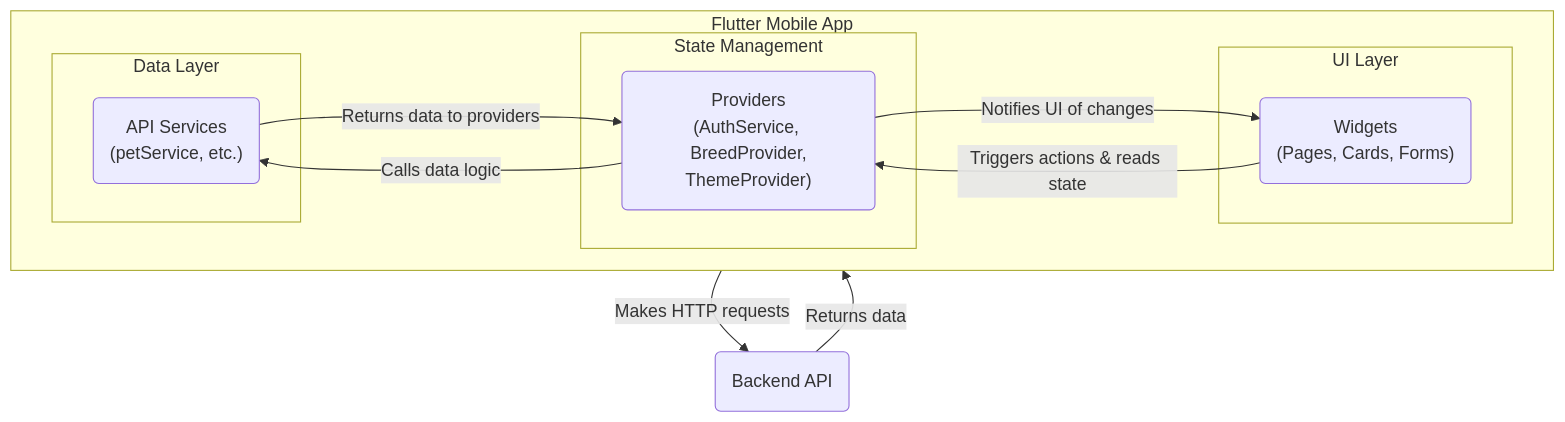
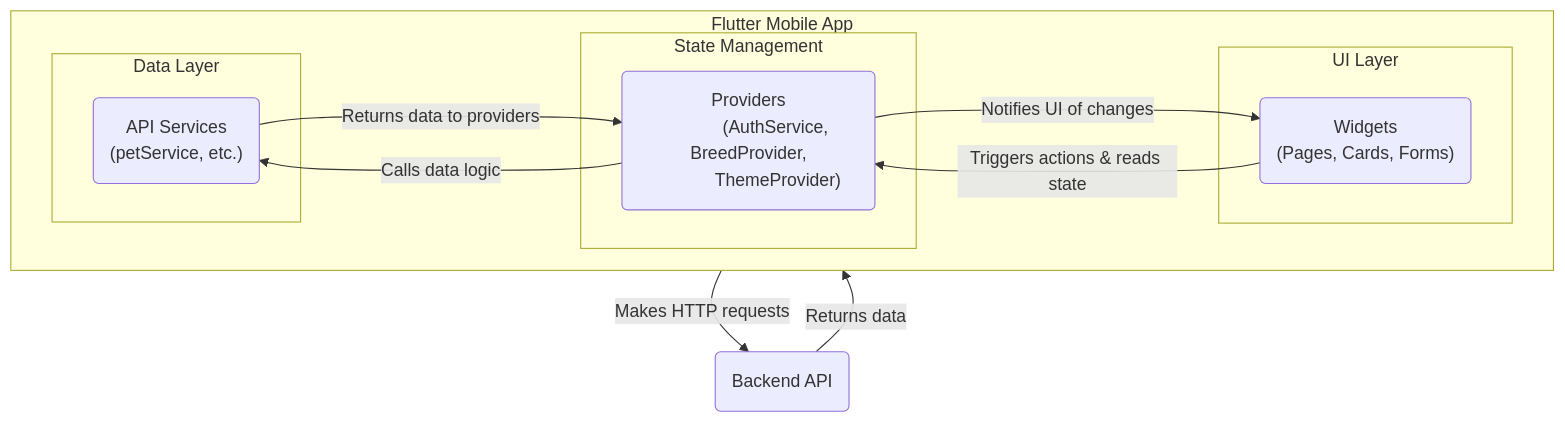
One commit to 33skyblue33/PetsMobile-Frontend changed the third of 7 diagrams in pets_mobile/README.md. Above: the diagram before and after it, drawn with Mermaid. The commit also changed other lines of this file, not shown here.

````diff
--- a/pets_mobile/README.md
+++ b/pets_mobile/README.md
@@ -76,24 +86,28 @@
 ```mermaid
 graph TD
     subgraph "Flutter Mobile App"
         direction LR
         subgraph "UI Layer"
-            widgets("Widgets\n(Pages, Cards, Forms)")
+            widgets("Widgets
+            (Pages, Cards, Forms)")
         end
         
         subgraph "State Management"
-            providers("Providers\n(AuthService, BreedProvider,\nThemeProvider)")
+            providers("Providers
+            (AuthService, BreedProvider,
+            ThemeProvider)")
         end
 
         subgraph "Data Layer"
-            services("API Services\n(petService, etc.)")
+            services("API Services
+            (petService, etc.)")
         end
     end
 
     widgets -- "Triggers actions & reads state" --> providers
     providers -- "Notifies UI of changes" --> widgets
     providers -- "Calls data logic" --> services
     services -- "Makes HTTP requests" --> externalApi("Backend API")
     externalApi -- "Returns data" --> services
     services -- "Returns data to providers" --> providers
 ```
````
